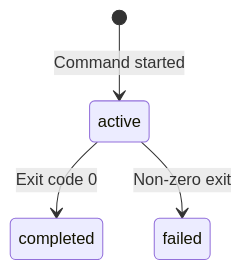
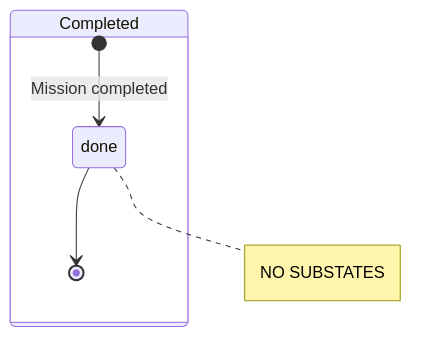
Before and after one commit to 45ck/mission-control-ui: the sixth of 9 diagrams in docs/hci/state-model.md, drawn with Mermaid. The commit also changed other lines of this file and 51 other files, not shown here.

````diff
--- a/docs/hci/state-model.md
+++ b/docs/hci/state-model.md
@@ -470,6 +180,8 @@
 ```mermaid
 stateDiagram-v2
-    [*] --> active : Command started
-    active --> completed : Exit code 0
-    active --> failed : Non-zero exit
+    state Completed {
+        [*] --> done : Mission completed
+        done --> [*]
+        note right of done : NO SUBSTATES
+    }
 ```
````
